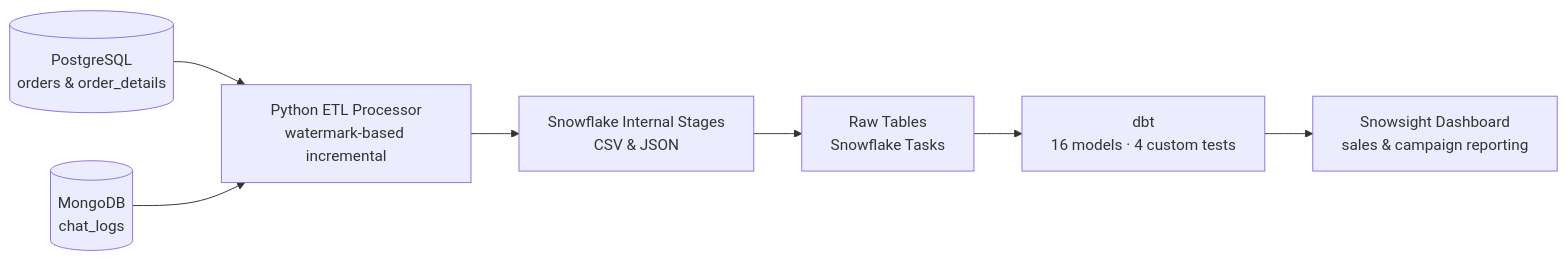
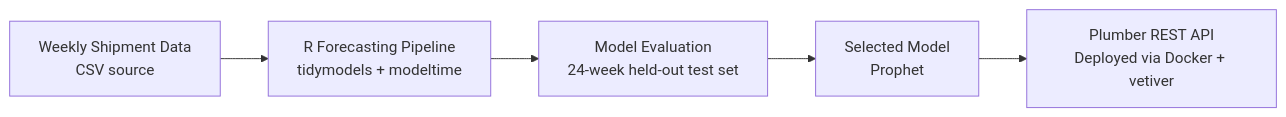
Before and after one commit to Supermarauder/distribution-demand-forecasting: the diagram in README.md, drawn with Mermaid. The commit also changed other lines of this file, not shown here.

First line of the commit message:
Revise README for demand forecasting project

````diff
--- a/README.md
+++ b/README.md
@@ -7,10 +7,8 @@
 ```mermaid
 flowchart LR
-    PG[(PostgreSQL\norders & order_details)] --> PROC
-    MG[(MongoDB\nchat_logs)] --> PROC
-    PROC[Python ETL Processor\nwatermark-based incremental] --> STG
-    STG[Snowflake Internal Stages\nCSV & JSON] --> RAW
-    RAW[Raw Tables\nSnowflake Tasks] --> DBT
-    DBT[dbt\n16 models · 4 custom tests] --> DASH
-    DASH[Snowsight Dashboard\nsales & campaign reporting]
+    DATA[Weekly Shipment Data\nCSV source] --> PIPE
+    PIPE[R Forecasting Pipeline\ntidymodels + modeltime] --> EVAL
+    EVAL[Model Evaluation\n24-week held-out test set] --> SEL
+    SEL[Selected Model\nProphet] --> API
+    API[Plumber REST API\nDeployed via Docker + vetiver]
 ```
````
